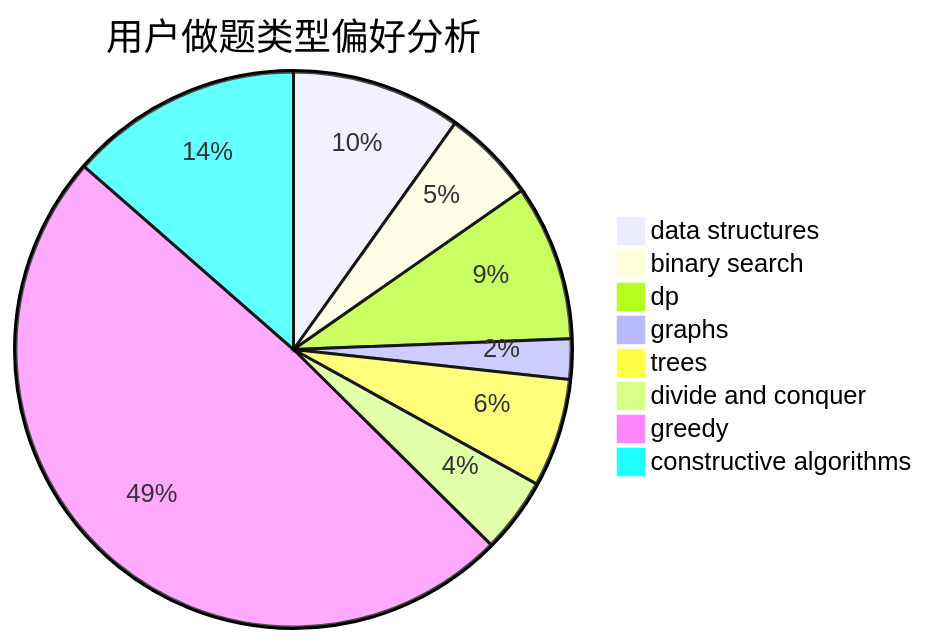
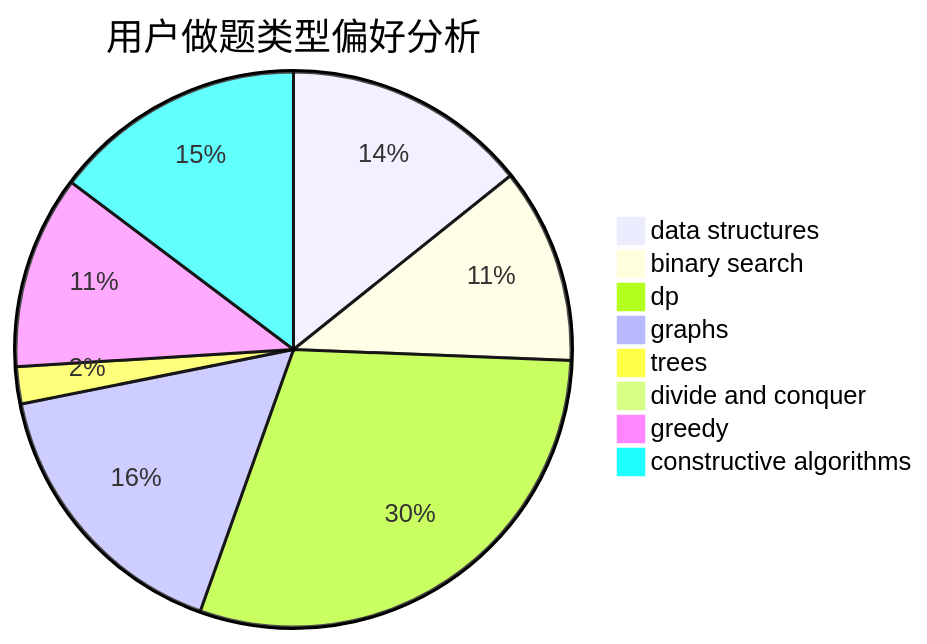
The second of 3 diagrams in docs/user/u134.md (sherpahu/cfrs.github.io), drawn with Mermaid before and after one commit. The commit also changed other lines of this file and 2770 other files, not shown here.

````diff
--- a/docs/user/u134.md
+++ b/docs/user/u134.md
@@ -23,11 +23,11 @@
 ```mermaid
 pie title 用户做题类型偏好分析
-    "data structures" :  147
-    "binary search" :  81
-    "dp" :  135
-    "graphs" :  35
-    "trees" :  94
-    "divide and conquer" :  65
-    "greedy" :  730
-    "constructive algorithms" :  202
+    "data structures" :  119
+    "binary search" :  95
+    "dp" :  249
+    "graphs" :  137
+    "trees" :  18
+    "divide and conquer" :  4
+    "greedy" :  94
+    "constructive algorithms" :  123
 ```
````
